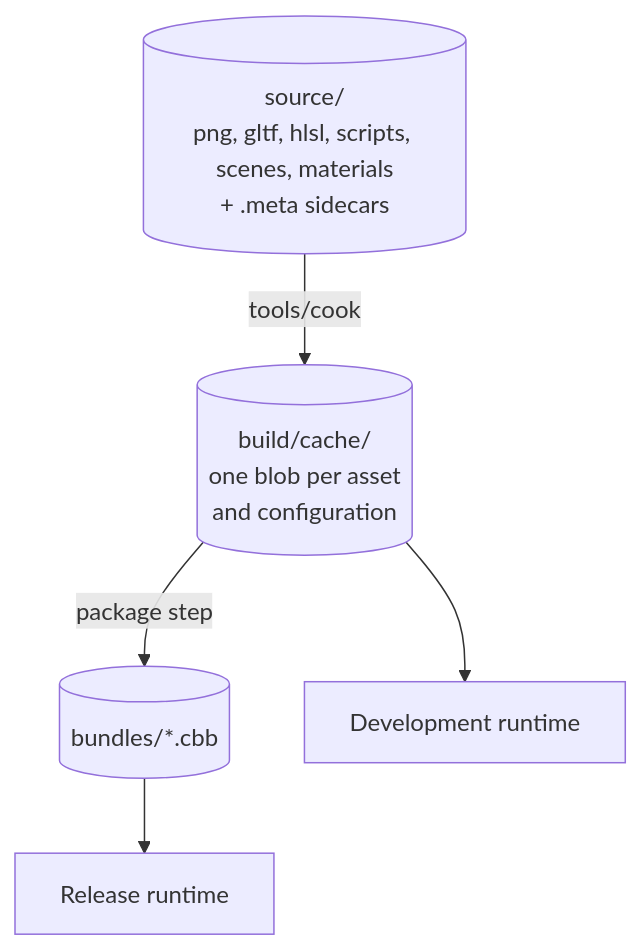
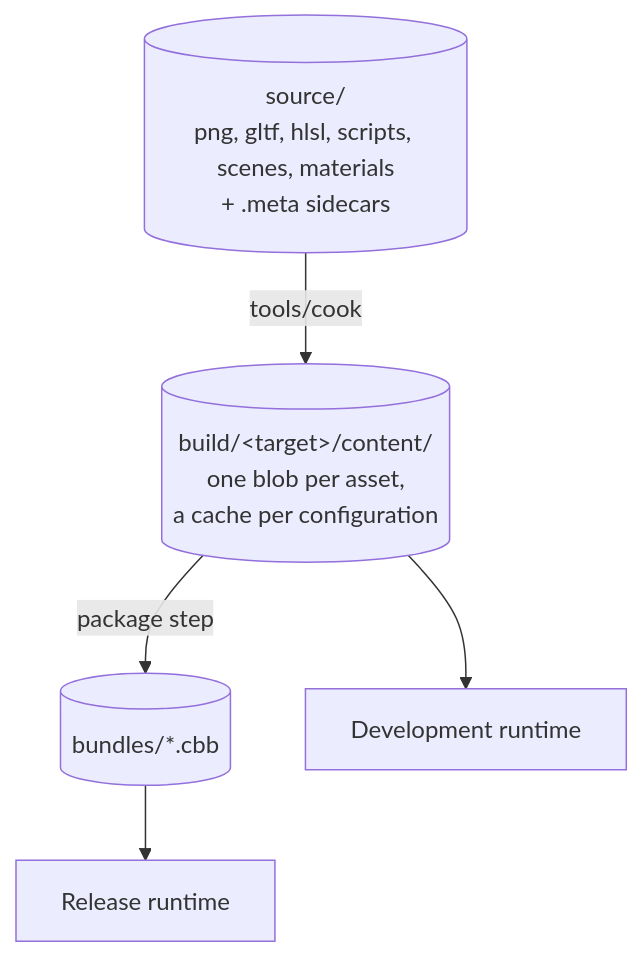
The second of 2 diagrams in docs/overview/architecture.md (aszecsei/cinnabar), drawn with Mermaid before and after one commit. The commit also changed other lines of this file and 41 other files, not shown here.

````diff
--- a/docs/overview/architecture.md
+++ b/docs/overview/architecture.md
@@ -119,13 +119,13 @@
 ```mermaid
 flowchart TB
     SOURCE[("source/<br/>png, gltf, hlsl, scripts, scenes, materials<br/>+ .meta sidecars")]
-    CACHE[("build/cache/<br/>one blob per asset<br/>and configuration")]
+    CACHE[("build/&lt;target&gt;/content/<br/>one blob per asset,<br/>a cache per configuration")]
     BUNDLES[("bundles/*.cbb")]
     DEVRT["Development runtime"]
     RELRT["Release runtime"]
 
     SOURCE -->|"tools/cook"| CACHE
     CACHE -->|"package step"| BUNDLES
     CACHE --> DEVRT
     BUNDLES --> RELRT
 ```
````
